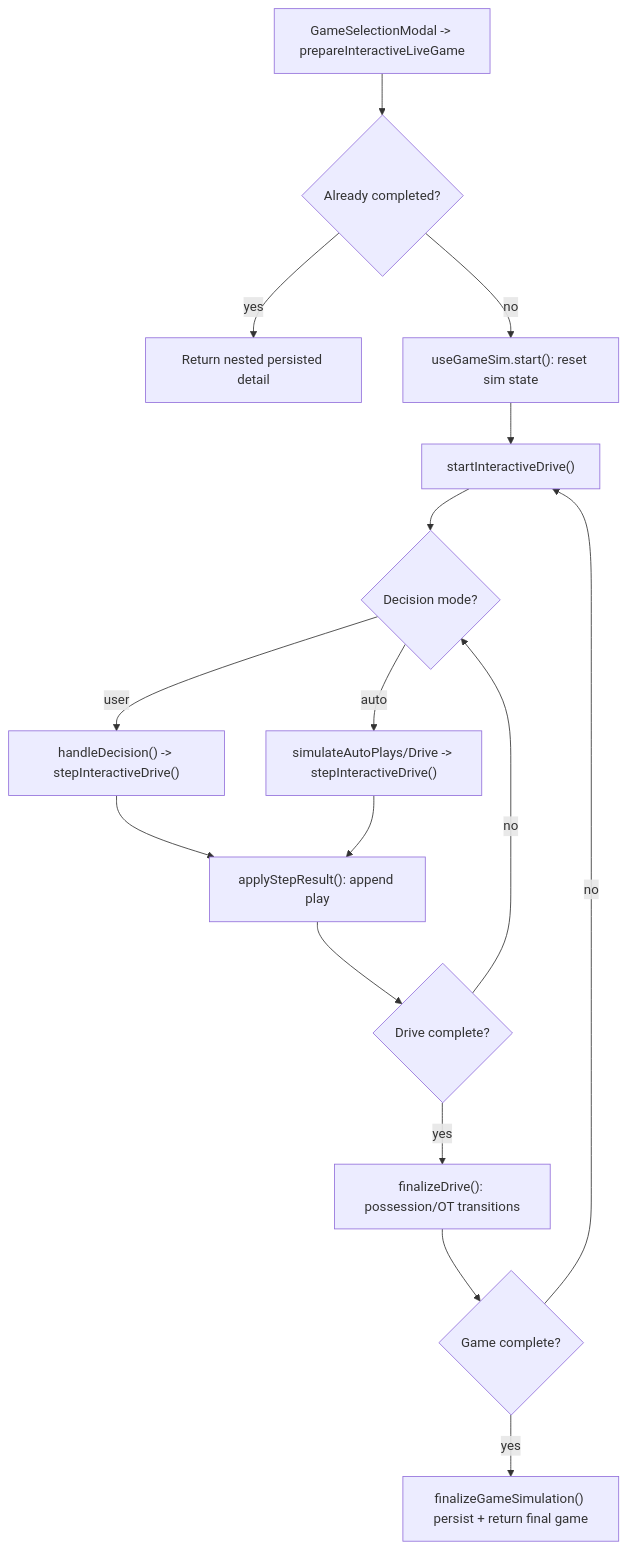
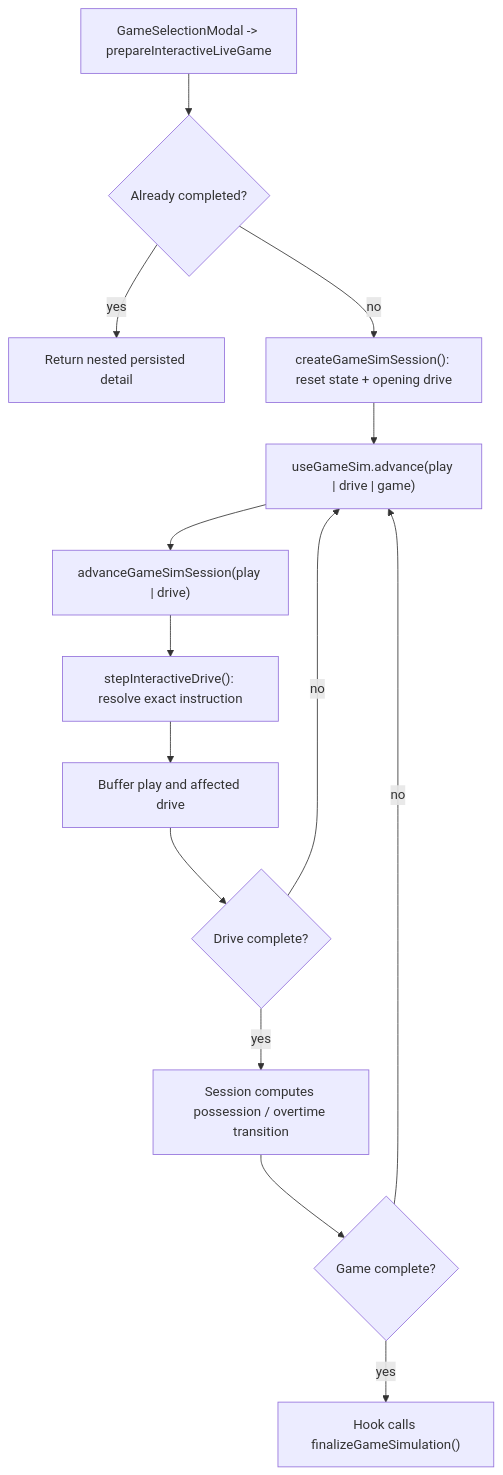
One commit to rdettling/cfbsim changed the second of 2 diagrams in docs/systems/simulation-engine.md. Above: the diagram before and after it, drawn with Mermaid. The commit also changed other lines of this file and 238 other files, not shown here.

Commit message:
refactor: consolidate current-version architecture

````diff
--- a/docs/systems/simulation-engine.md
+++ b/docs/systems/simulation-engine.md
@@ -88,18 +96,16 @@
 ```mermaid
 flowchart TD
   A["GameSelectionModal -> prepareInteractiveLiveGame"] --> B{"Already completed?"}
   B -- yes --> C["Return nested persisted detail"]
-  B -- no --> D["useGameSim.start(): reset sim state"]
-  D --> E["startInteractiveDrive()"]
-  E --> F{"Decision mode?"}
-  F -- user --> G["handleDecision() -> stepInteractiveDrive()"]
-  F -- auto --> H["simulateAutoPlays/Drive -> stepInteractiveDrive()"]
-  G --> I["applyStepResult(): append play"]
-  H --> I
-  I --> J{"Drive complete?"}
-  J -- no --> F
-  J -- yes --> K["finalizeDrive(): possession/OT transitions"]
-  K --> L{"Game complete?"}
-  L -- no --> E
-  L -- yes --> M["finalizeGameSimulation() persist + return final game"]
+  B -- no --> D["createGameSimSession(): reset state + opening drive"]
+  D --> E["useGameSim.advance(play | drive | game)"]
+  E --> F["advanceGameSimSession(play | drive)"]
+  F --> G["stepInteractiveDrive(): resolve exact instruction"]
+  G --> H["Buffer play and affected drive"]
+  H --> I{"Drive complete?"}
+  I -- no --> E
+  I -- yes --> J["Session computes possession / overtime transition"]
+  J --> K{"Game complete?"}
+  K -- no --> E
+  K -- yes --> L["Hook calls finalizeGameSimulation()"]
 ```
````
